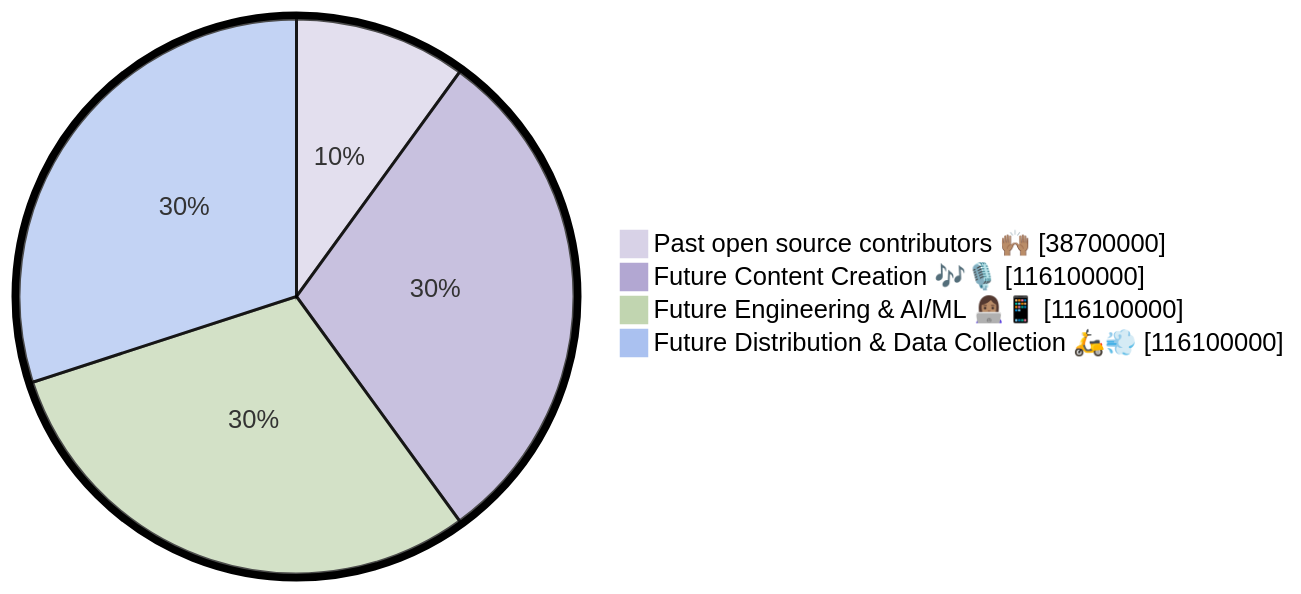
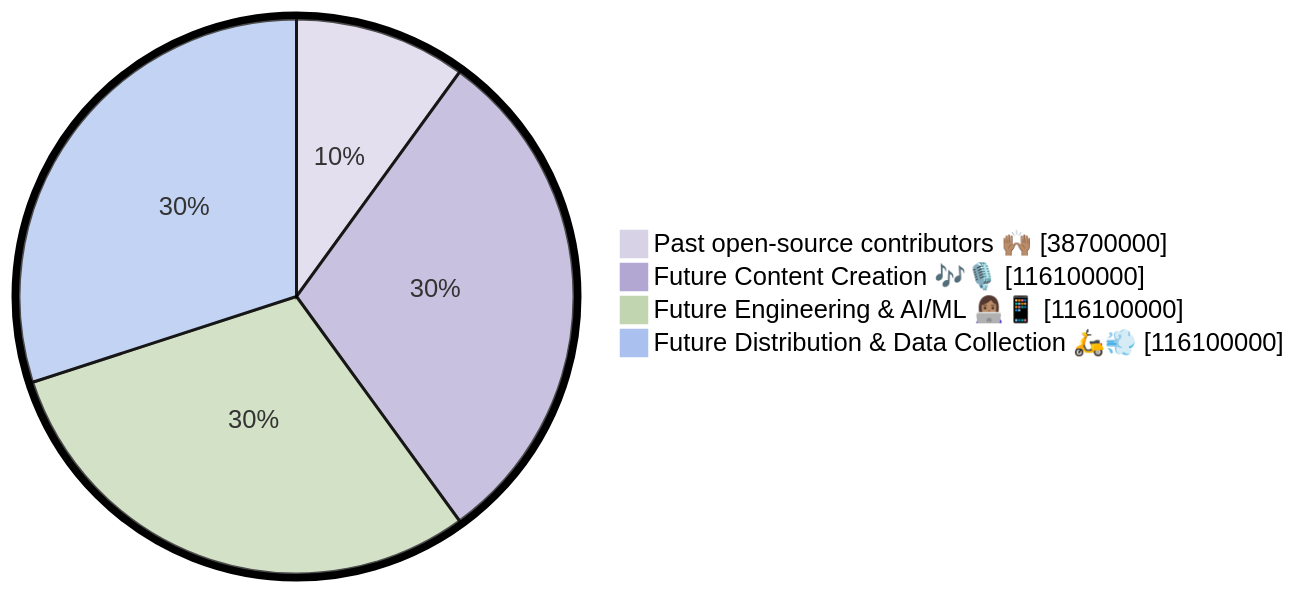
The first of 3 diagrams in TOKENOMICS.md (elimu-ai/web3-wiki), drawn with Mermaid before and after one commit. The commit also changed other lines of this file, not shown here.

First line of the commit message:
Change to "open-source"

````diff
--- a/TOKENOMICS.md
+++ b/TOKENOMICS.md
@@ -3,8 +3,8 @@
 ```mermaid
 %%{init: {"pie": {"textPosition": 0.5}, "themeVariables": {"pie1": "#d8d2e7", "pie2": "#b2a7d2", "pie3": "#c1d5b0", "pie4": "#aac1f0", "pieOuterStrokeWidth": "5px", "fontFamily": "arial"}} }%%
 pie showData
-    "Past open source contributors 🙌🏽": 38700000
+    "Past open-source contributors 🙌🏽": 38700000
     "Future Content Creation 🎶🎙️": 116100000
     "Future Engineering & AI/ML 👩🏽‍💻📱": 116100000
     "Future Distribution & Data Collection 🛵💨": 116100000
 ```
````
